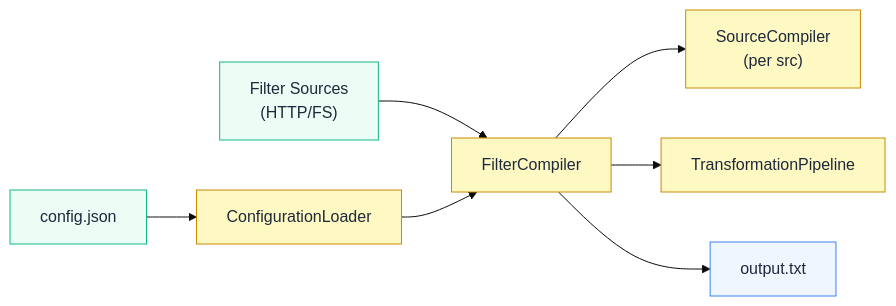
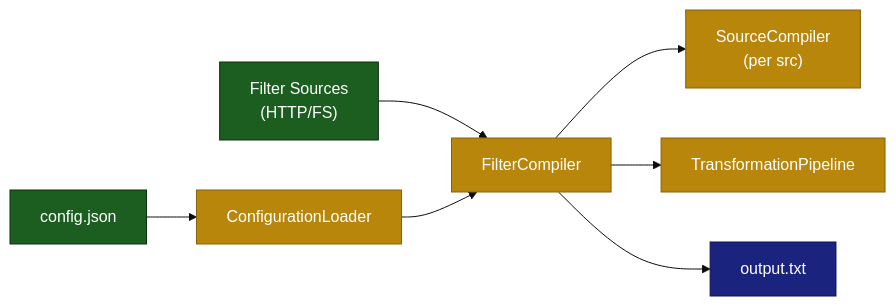
Diagram 16 of 19 in docs/development/ARCHITECTURE.md (jaypatrick/adblock-compiler), drawn with Mermaid (base theme) before and after one commit. The commit also changed other lines of this file and 6 other files, not shown here.

First line of the commit message:
fix: Mermaid diagram errors, dark theme compatibility, and mdhelp scroll reset (#1540)

````diff
--- a/docs/development/ARCHITECTURE.md
+++ b/docs/development/ARCHITECTURE.md
@@ -767,12 +767,12 @@
 ```mermaid
 flowchart LR
-    classDef input fill:#ecfdf5,stroke:#10b981,color:#1e293b
-    classDef core fill:#fef9c3,stroke:#ca8a04,color:#1e293b
-    classDef output fill:#eff6ff,stroke:#3b82f6,color:#1e293b
+    classDef input fill:#1b5e20,stroke:#0a3010,color:#fff
+    classDef core fill:#b8860b,stroke:#8a6208,color:#fff
+    classDef output fill:#1a237e,stroke:#0d1257,color:#fff
     CFG["config.json"]:::input --> CL["ConfigurationLoader"]:::core
     FS["Filter Sources\n(HTTP/FS)"]:::input --> FC
     CL --> FC["FilterCompiler"]:::core
     FC --> SC["SourceCompiler\n(per src)"]:::core
     FC --> TP["TransformationPipeline"]:::core
     FC --> OUT["output.txt"]:::output
 ```
````
